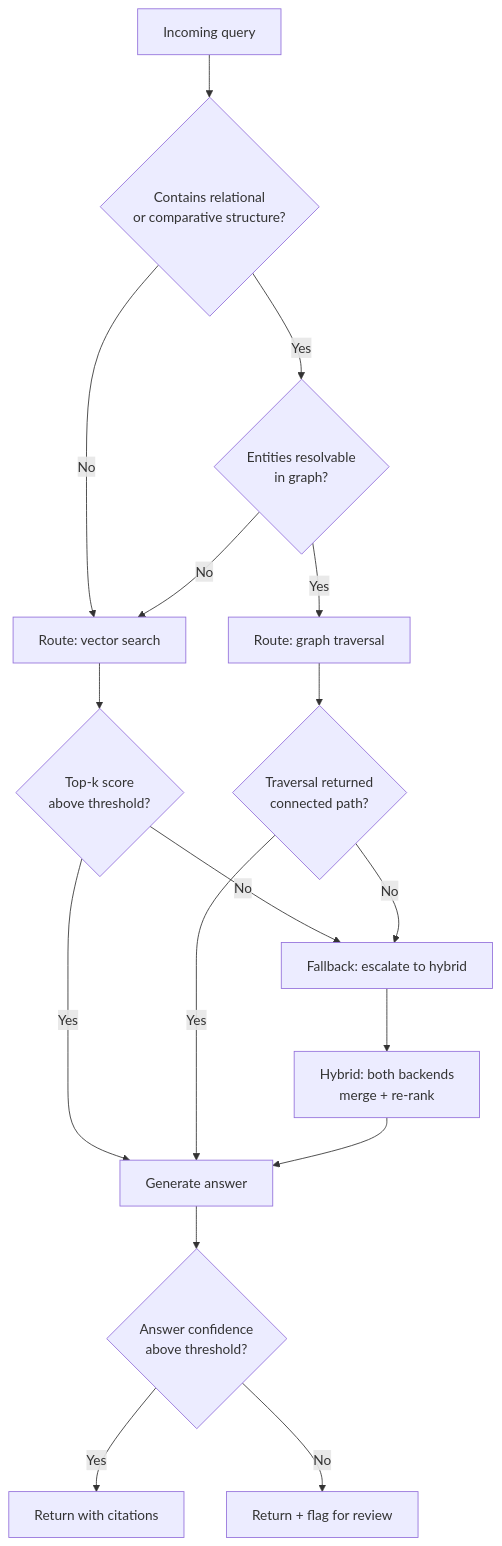
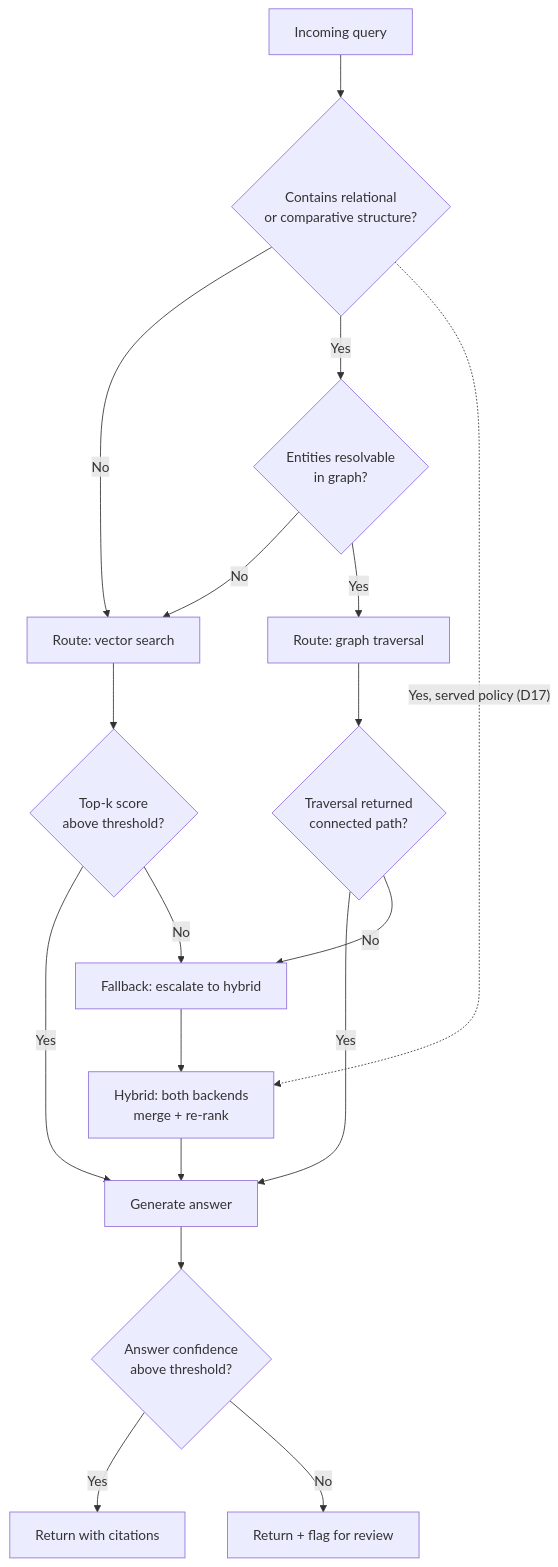
Before and after one commit to Om072005/AdaptiveRAG: the fourth of 8 diagrams in README.md, drawn with Mermaid. The commit also changed other lines of this file and 18 other files, not shown here.

````diff
--- a/README.md
+++ b/README.md
@@ -201,22 +201,23 @@
 ```mermaid
 flowchart TD
     Q["Incoming query"] --> N{"Contains relational<br/>or comparative structure?"}
     N -->|No| S["Route: vector search"]
     N -->|Yes| H{"Entities resolvable<br/>in graph?"}
     H -->|No| S
     H -->|Yes| GRAPH["Route: graph traversal"]
+    N -.->|"Yes, served policy (D17)"| HY
 
     S --> SC{"Top-k score<br/>above threshold?"}
     SC -->|Yes| ANS["Generate answer"]
     SC -->|No| FB["Fallback: escalate to hybrid"]
 
     GRAPH --> GC{"Traversal returned<br/>connected path?"}
     GC -->|Yes| ANS
     GC -->|No| FB
 
     FB --> HY["Hybrid: both backends<br/>merge + re-rank"]
     HY --> ANS
     ANS --> CONF{"Answer confidence<br/>above threshold?"}
     CONF -->|Yes| OUT["Return with citations"]
     CONF -->|No| FLAG["Return + flag for review"]
 ```
````
